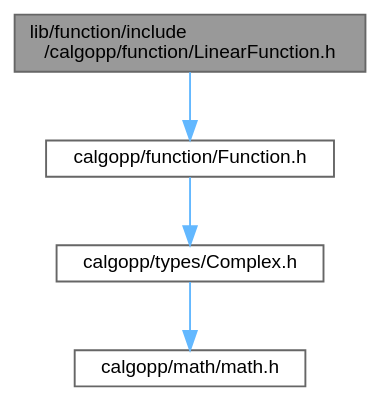
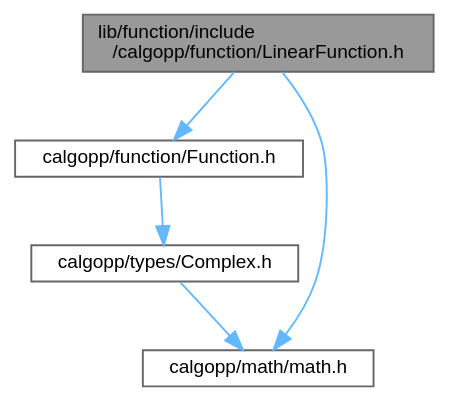
The diagram in LinearFunction_8h__incl.dot (pawelekg95/algopp), drawn with Graphviz before and after one commit. The commit also changed 31 other files, not shown here.

```diff
--- a/LinearFunction_8h__incl.dot
+++ b/LinearFunction_8h__incl.dot
@@ -1,14 +1,15 @@
 digraph "lib/function/include/calgopp/function/LinearFunction.h"
 {
  // LATEX_PDF_SIZE
   bgcolor="transparent";
   edge [fontname=Helvetica,fontsize=10,labelfontname=Helvetica,labelfontsize=10];
   node [fontname=Helvetica,fontsize=10,shape=box,height=0.2,width=0.4];
   Node1 [label="lib/function/include\l/calgopp/function/LinearFunction.h",height=0.2,width=0.4,color="gray40", fillcolor="grey60", style="filled", fontcolor="black",tooltip=" "];
   Node1 -> Node2 [color="steelblue1",style="solid"];
   Node2 [label="calgopp/function/Function.h",height=0.2,width=0.4,color="grey40", fillcolor="white", style="filled",URL="$Function_8h.html",tooltip=" "];
   Node2 -> Node3 [color="steelblue1",style="solid"];
   Node3 [label="calgopp/types/Complex.h",height=0.2,width=0.4,color="grey40", fillcolor="white", style="filled",URL="$Complex_8h.html",tooltip=" "];
   Node3 -> Node4 [color="steelblue1",style="solid"];
   Node4 [label="calgopp/math/math.h",height=0.2,width=0.4,color="grey40", fillcolor="white", style="filled",URL="$math_8h.html",tooltip=" "];
+  Node1 -> Node4 [color="steelblue1",style="solid"];
 }
```
